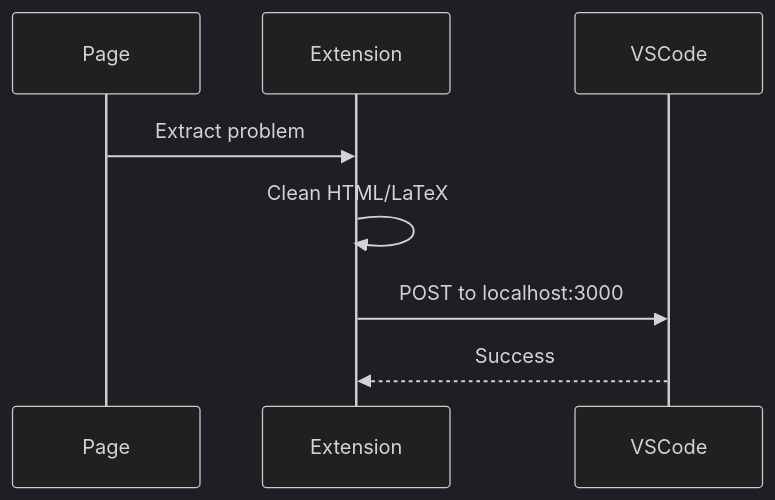
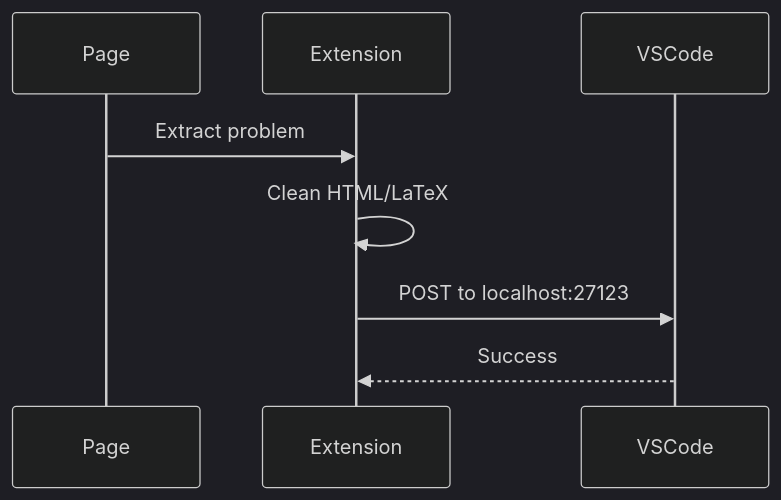
The second of 3 diagrams in README.md (KartevSumit/AlgoBridge), drawn with Mermaid (dark theme) before and after one commit.

Commit message:
Update localhost port in README.md

````diff
--- a/README.md
+++ b/README.md
@@ -47,11 +47,11 @@
 ```mermaid
 sequenceDiagram
     participant Page
     participant Extension
     participant VSCode
     
     Page->>Extension: Extract problem
     Extension->>Extension: Clean HTML/LaTeX
-    Extension->>VSCode: POST to localhost:3000
+    Extension->>VSCode: POST to localhost:27123
     VSCode-->>Extension: Success
 ```
````
